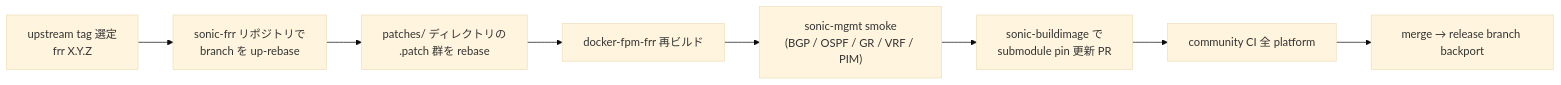
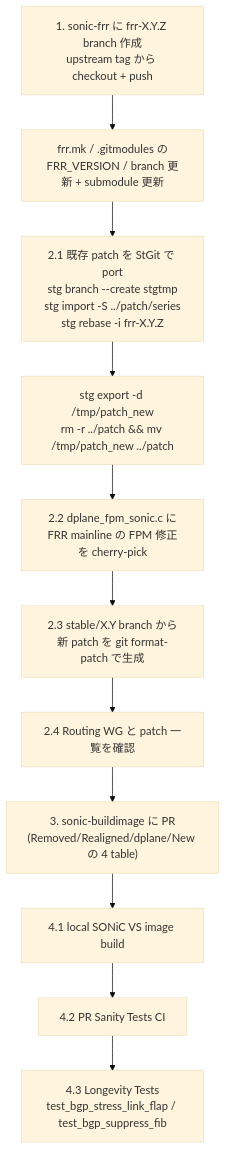
The diagram in docs/routing/detailed-steps-to-upgrade-frr-in-sonic.md (aoki-taquan/sonic-unofficial-docs), drawn with Mermaid (base theme) before and after one commit. The commit also changed other lines of this file and 3 other files, not shown here.

First line of the commit message:
fix: correct boot-chart/dash-kvm/frr-upgrade/platform-monitor (benchmark)

````diff
--- a/docs/routing/detailed-steps-to-upgrade-frr-in-sonic.md
+++ b/docs/routing/detailed-steps-to-upgrade-frr-in-sonic.md
@@ -59,10 +44,13 @@
 ```mermaid
-flowchart LR
-    PICK[upstream tag 選定\nfrr X.Y.Z] --> FORK[sonic-frr リポジトリで\nbranch を up-rebase]
-    FORK --> PATCH["patches/ ディレクトリの\n.patch 群を rebase"]
-    PATCH --> BUILD[docker-fpm-frr 再ビルド]
-    BUILD --> SMOKE["sonic-mgmt smoke\n(BGP / OSPF / GR / VRF / PIM)"]
-    SMOKE --> PR[sonic-buildimage で\nsubmodule pin 更新 PR]
-    PR --> CI[community CI 全 platform]
-    CI --> MERGE[merge → release branch backport]
+flowchart TB
+    B[1. sonic-frr に frr-X.Y.Z branch 作成<br/>upstream tag から checkout + push] --> MK[frr.mk / .gitmodules の<br/>FRR_VERSION / branch 更新 + submodule 更新]
+    MK --> PORT["2.1 既存 patch を StGit で port<br/>stg branch --create stgtmp<br/>stg import -S ../patch/series<br/>stg rebase -i frr-X.Y.Z"]
+    PORT --> EXPORT["stg export -d /tmp/patch_new<br/>rm -r ../patch && mv /tmp/patch_new ../patch"]
+    EXPORT --> FPM["2.2 dplane_fpm_sonic.c に<br/>FRR mainline の FPM 修正を cherry-pick"]
+    FPM --> NEW["2.3 stable/X.Y branch から<br/>新 patch を git format-patch で生成"]
+    NEW --> WG[2.4 Routing WG と patch 一覧を確認]
+    WG --> PR["3. sonic-buildimage に PR<br/>(Removed/Realigned/dplane/New の 4 table)"]
+    PR --> BUILD[4.1 local SONiC VS image build]
+    BUILD --> SANITY[4.2 PR Sanity Tests CI]
+    SANITY --> LONG["4.3 Longevity Tests<br/>test_bgp_stress_link_flap / test_bgp_suppress_fib"]
 ```
````
